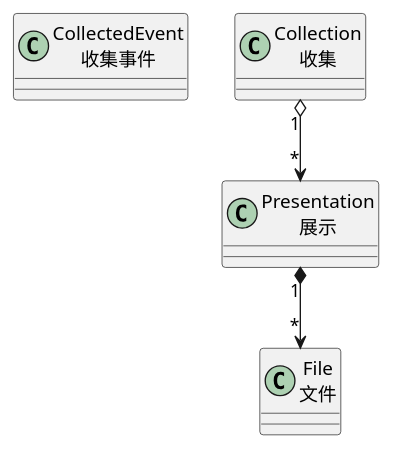
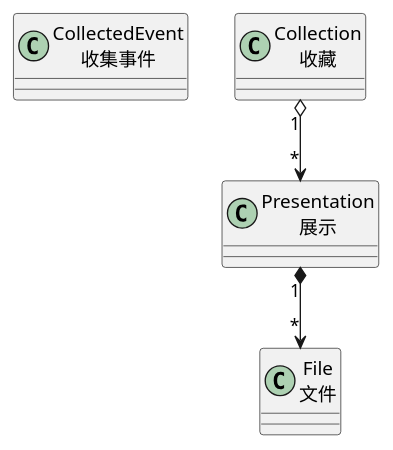
One commit to WuLiFang/csheet changed the diagram in docs/server/models.rst. Above: the diagram before and after it, drawn with PlantUML. The commit also changed 4 other files, not shown here.

```diff
--- a/docs/server/models.rst
+++ b/docs/server/models.rst
@@ -5,11 +5,11 @@
 .. uml::
 
   class "CollectedEvent\n收集事件" as CollectLogEvent
 
-  class "Collection\n收集" as Collection
+  class "Collection\n收藏" as Collection
 
   class "File\n文件" as File 
 
   class "Presentation\n展示" as Presentation 
   Presentation "1" *--> "*" File
   Collection "1" o--> "*" Presentation
```
